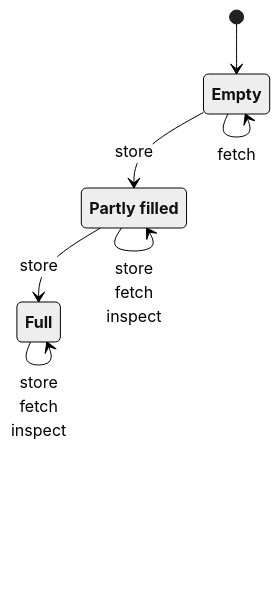
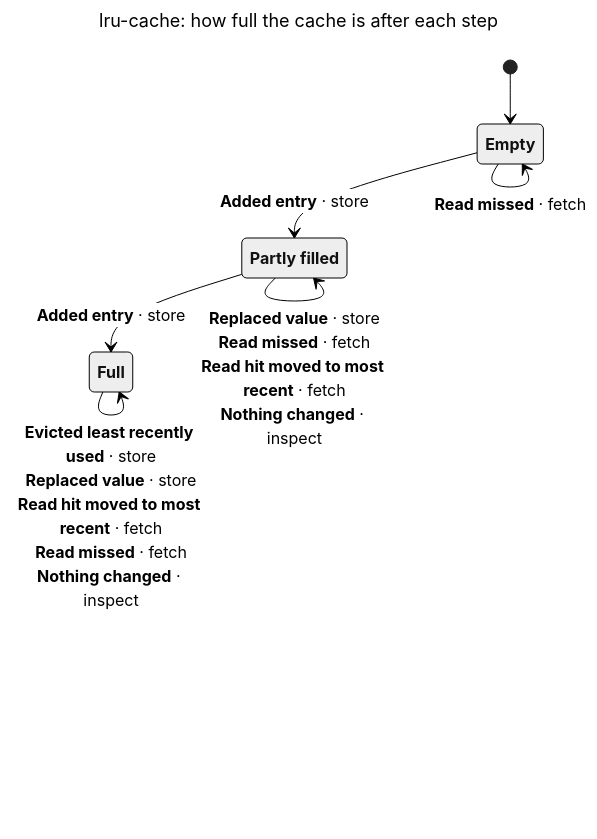
Before and after one commit to gigaverse-app/pytest-quint-connect: the first of 2 diagrams in README.md, drawn with Mermaid (neutral theme). The commit also changed other lines of this file and 19 other files, not shown here.

First line of the commit message:
feat(report): title the diagram and name its arrows in the model's own words

````diff
--- a/README.md
+++ b/README.md
@@ -260,12 +260,15 @@
 ```mermaid
+---
+title: "lru-cache: how full the cache is after each step"
+---
 stateDiagram-v2
   state "<b>Empty</b>" as s0
   state "<b>Partly filled</b>" as s1
   state "<b>Full</b>" as s2
   [*] --> s0
-  s0 --> s1 : store
-  s1 --> s2 : store
-  s2 --> s2 : store<br>fetch<br>inspect
-  s1 --> s1 : store<br>fetch<br>inspect
-  s0 --> s0 : fetch
+  s0 --> s1 : <b>Added entry</b> #183; store
+  s1 --> s2 : <b>Added entry</b> #183; store
+  s2 --> s2 : <b>Evicted least recently used</b> #183; store<br><b>Replaced value</b> #183; store<br><b>Read hit moved to most recent</b> #183; fetch<br><b>Read missed</b> #183; fetch<br><b>Nothing changed</b> #183; inspect
+  s1 --> s1 : <b>Replaced value</b> #183; store<br><b>Read missed</b> #183; fetch<br><b>Read hit moved to most recent</b> #183; fetch<br><b>Nothing changed</b> #183; inspect
+  s0 --> s0 : <b>Read missed</b> #183; fetch
 ```
````
